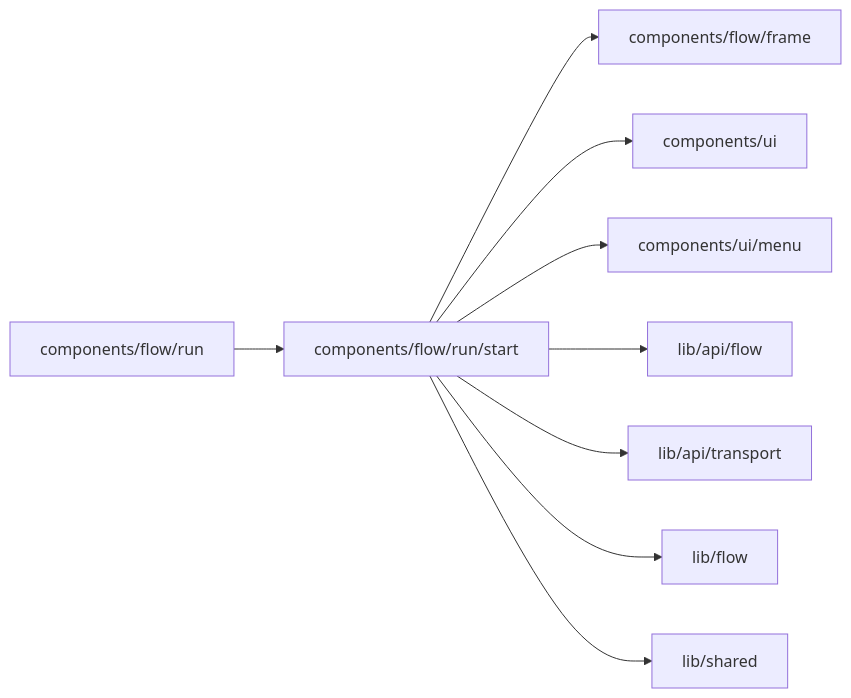
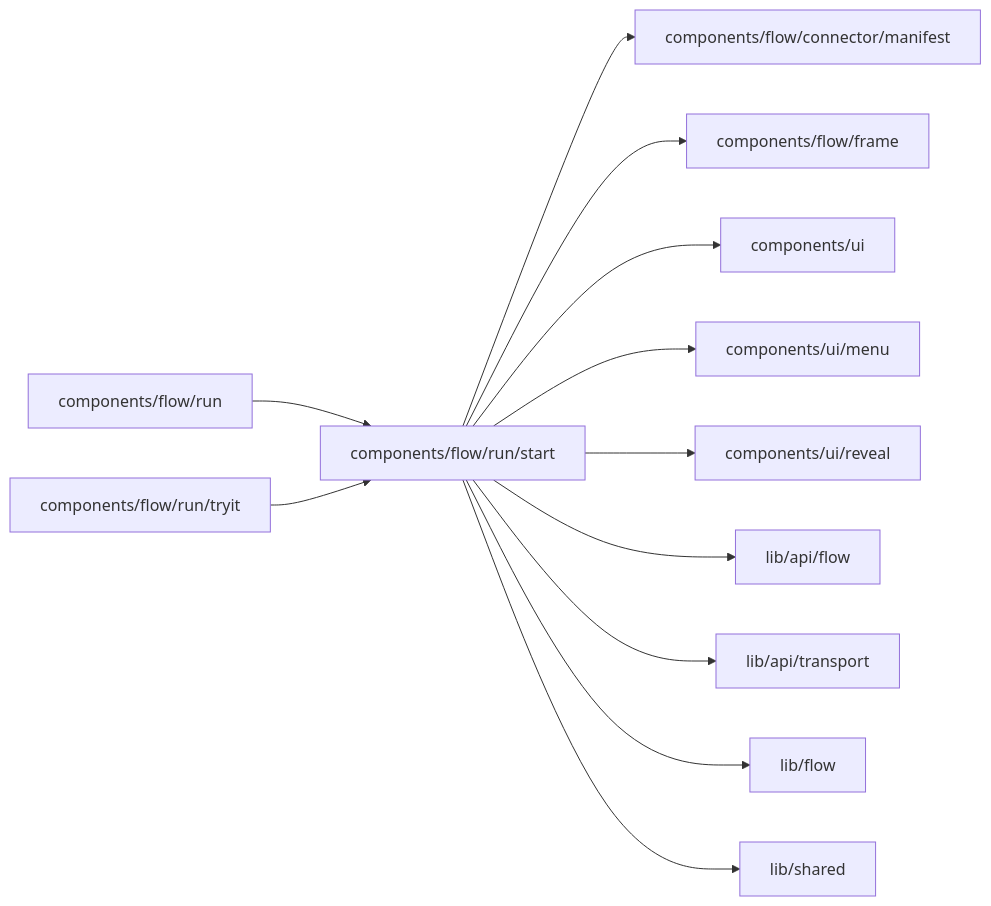
The diagram in web/studio/components/flow/run/start/README.md (superdurable/superverse), drawn with Mermaid before and after one commit. The commit also changed other lines of this file and 278 other files, not shown here.

````diff
--- a/web/studio/components/flow/run/start/README.md
+++ b/web/studio/components/flow/run/start/README.md
@@ -10,12 +10,15 @@
 ```mermaid
 flowchart LR
   self["components/flow/run/start"]
   c0["components/flow/run"] --> self
-  self --> d0["components/flow/frame"]
-  self --> d1["components/ui"]
-  self --> d2["components/ui/menu"]
-  self --> d3["lib/api/flow"]
-  self --> d4["lib/api/transport"]
-  self --> d5["lib/flow"]
-  self --> d6["lib/shared"]
+  c1["components/flow/run/tryit"] --> self
+  self --> d0["components/flow/connector/manifest"]
+  self --> d1["components/flow/frame"]
+  self --> d2["components/ui"]
+  self --> d3["components/ui/menu"]
+  self --> d4["components/ui/reveal"]
+  self --> d5["lib/api/flow"]
+  self --> d6["lib/api/transport"]
+  self --> d7["lib/flow"]
+  self --> d8["lib/shared"]
 ```
````
